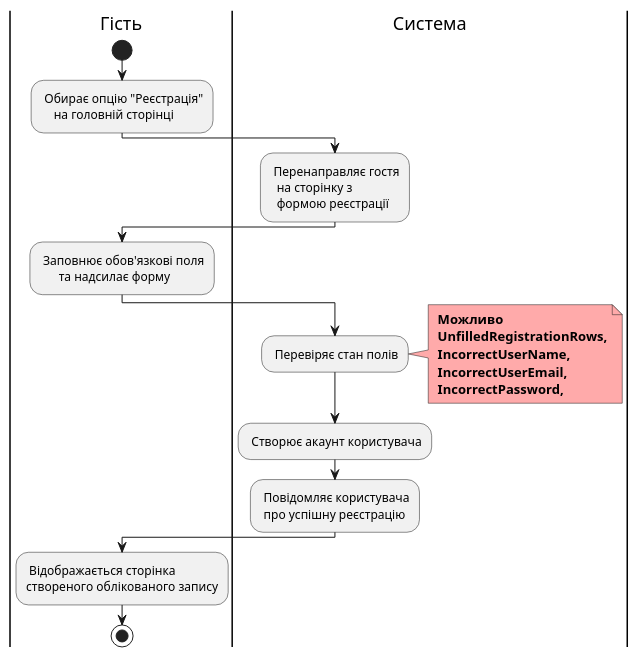
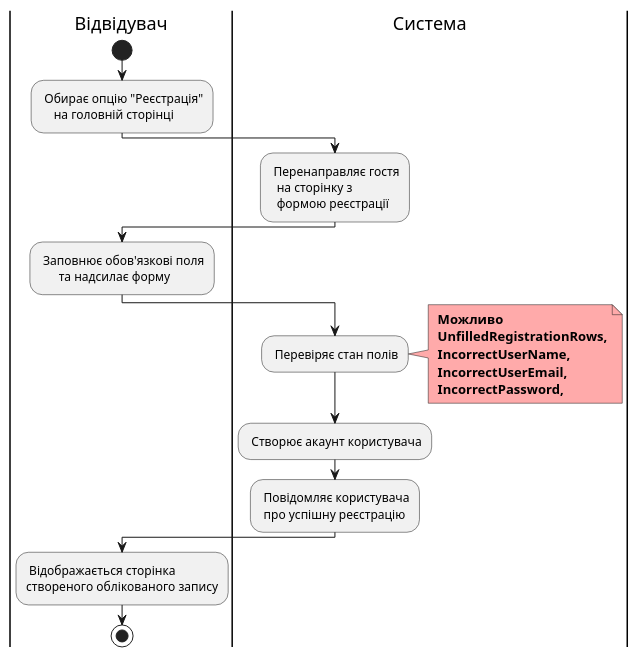
One commit to dimatortik/db-course-theme2 changed the diagram in docs/use cases/puml/use-case-07.puml. Above: the diagram before and after it, drawn with PlantUML. The commit also changed 3 other files, not shown here.

```diff
--- a/docs/use cases/puml/use-case-07.puml
+++ b/docs/use cases/puml/use-case-07.puml
@@ -9,32 +9,32 @@
 @startuml
 
-    |Гість|
+    |Відвідувач|
         start
         : Обирає опцію "Реєстрація" 
             на головній сторінці;
     |Система|
         : Перенаправляє гостя 
           на сторінку з 
           формою реєстрації;
-    |Гість|
+    |Відвідувач|
         : Заповнює обов'язкові поля 
               та надсилає форму;
     |Система|
         : Перевіряє стан полів;
         note right #ffaaaa
         <b> Можливо
         <b> UnfilledRegistrationRows,
         <b> IncorrectUserName,
         <b> IncorrectUserEmail,
         <b> IncorrectPassword,
         end note
         
         : Створює акаунт користувача;
         : Повідомляє користувача 
          про успішну реєстрацію;
-    |Гість|
+    |Відвідувач|
         : Відображається сторінка 
         створеного облікованого запису;
         stop;
 
 @enduml
```
